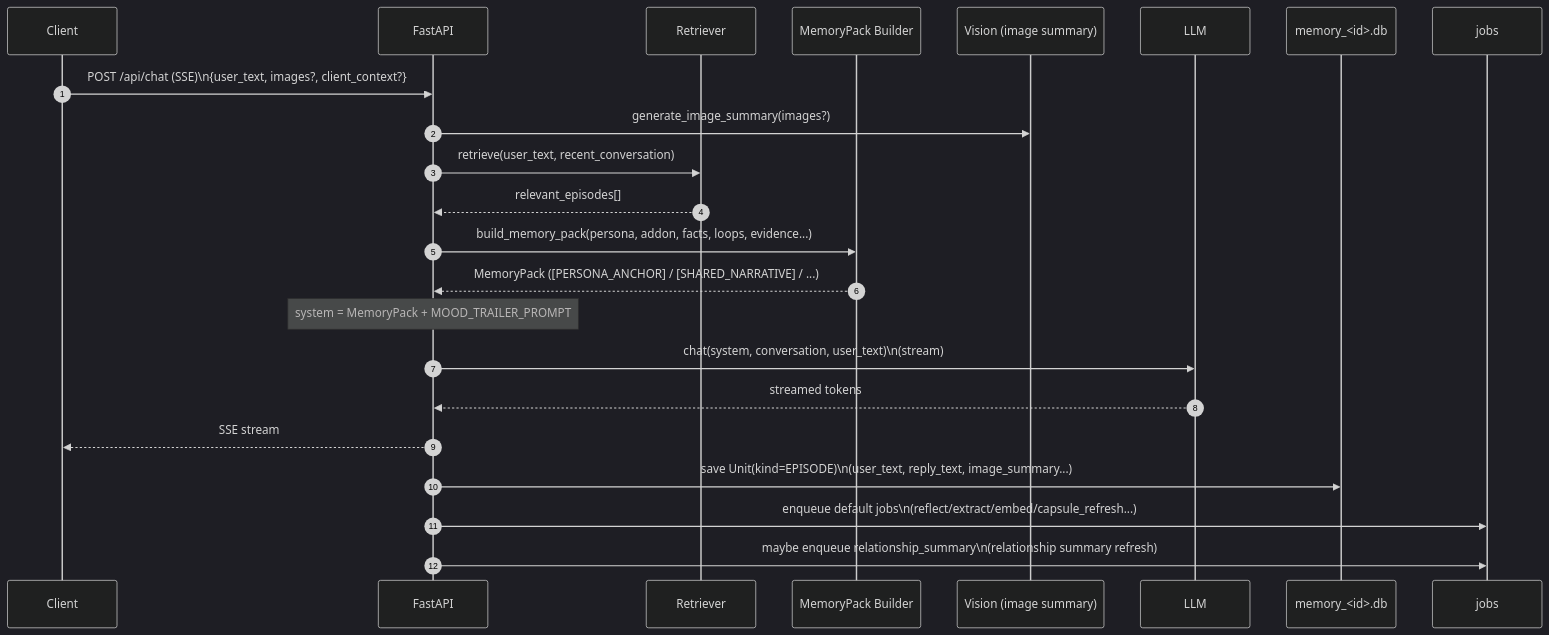
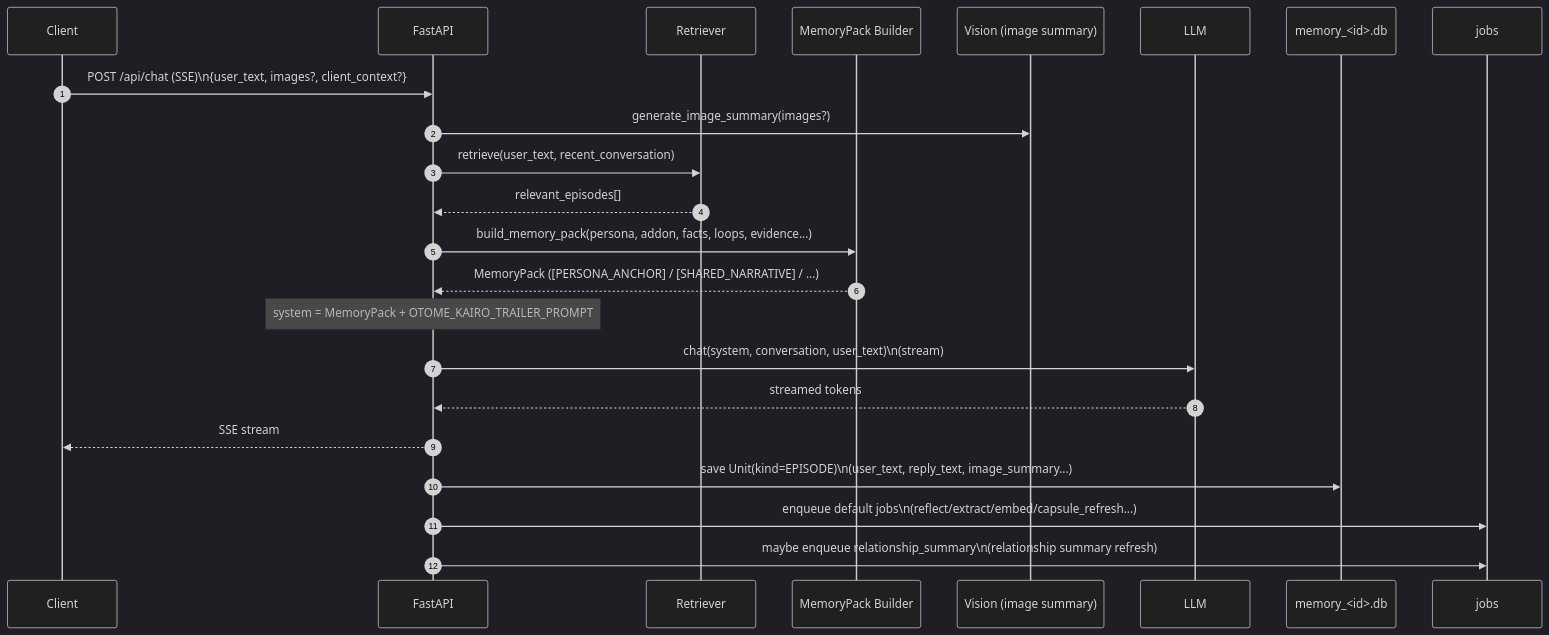
Before and after one commit to hirona98/cocoro_ghost: the third of 4 diagrams in docs/prompt_usage_map.md, drawn with Mermaid (dark theme). The commit also changed other lines of this file and 17 other files, not shown here.

````diff
--- a/docs/prompt_usage_map.md
+++ b/docs/prompt_usage_map.md
@@ -159,26 +159,26 @@
 ```mermaid
 sequenceDiagram
   autonumber
   participant UI as Client
   participant API as FastAPI
   participant RET as Retriever
   participant SCH as MemoryPack Builder
   participant VIS as Vision (image summary)
   participant LLM as LLM
   participant DB as memory_<id>.db
   participant Q as jobs
 
   UI->>API: POST /api/chat (SSE)\n{user_text, images?, client_context?}
   API->>VIS: generate_image_summary(images?)
   API->>RET: retrieve(user_text, recent_conversation)
   RET-->>API: relevant_episodes[]
   API->>SCH: build_memory_pack(persona, addon, facts, loops, evidence...)
   SCH-->>API: MemoryPack ([PERSONA_ANCHOR] / [SHARED_NARRATIVE] / ...)
-  Note over API: system = MemoryPack + MOOD_TRAILER_PROMPT
+  Note over API: system = MemoryPack + OTOME_KAIRO_TRAILER_PROMPT
   API->>LLM: chat(system, conversation, user_text)\n(stream)
   LLM-->>API: streamed tokens
   API-->>UI: SSE stream
   API->>DB: save Unit(kind=EPISODE)\n(user_text, reply_text, image_summary...)
   API->>Q: enqueue default jobs\n(reflect/extract/embed/capsule_refresh...)
   API->>Q: maybe enqueue relationship_summary\n(relationship summary refresh)
 ```
````
